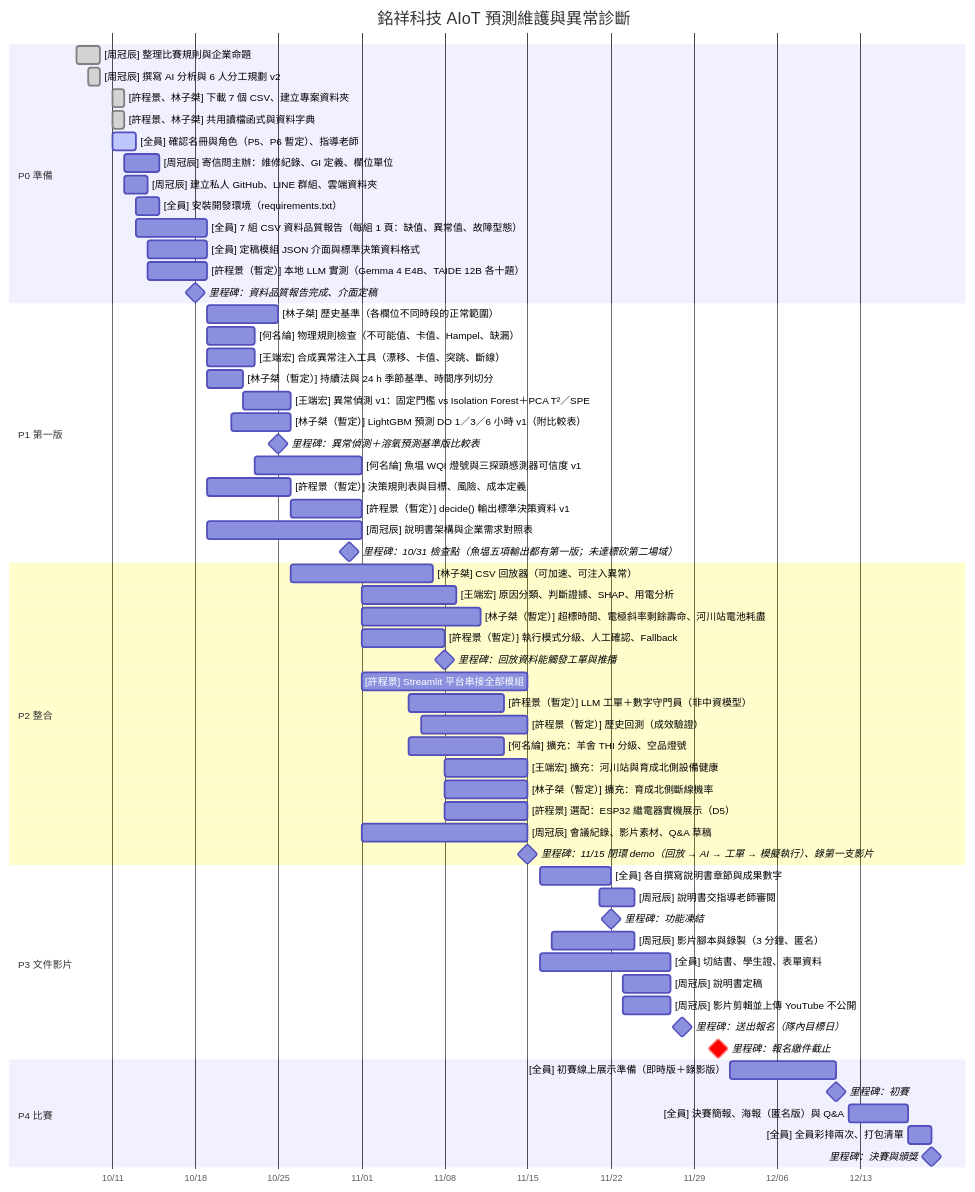
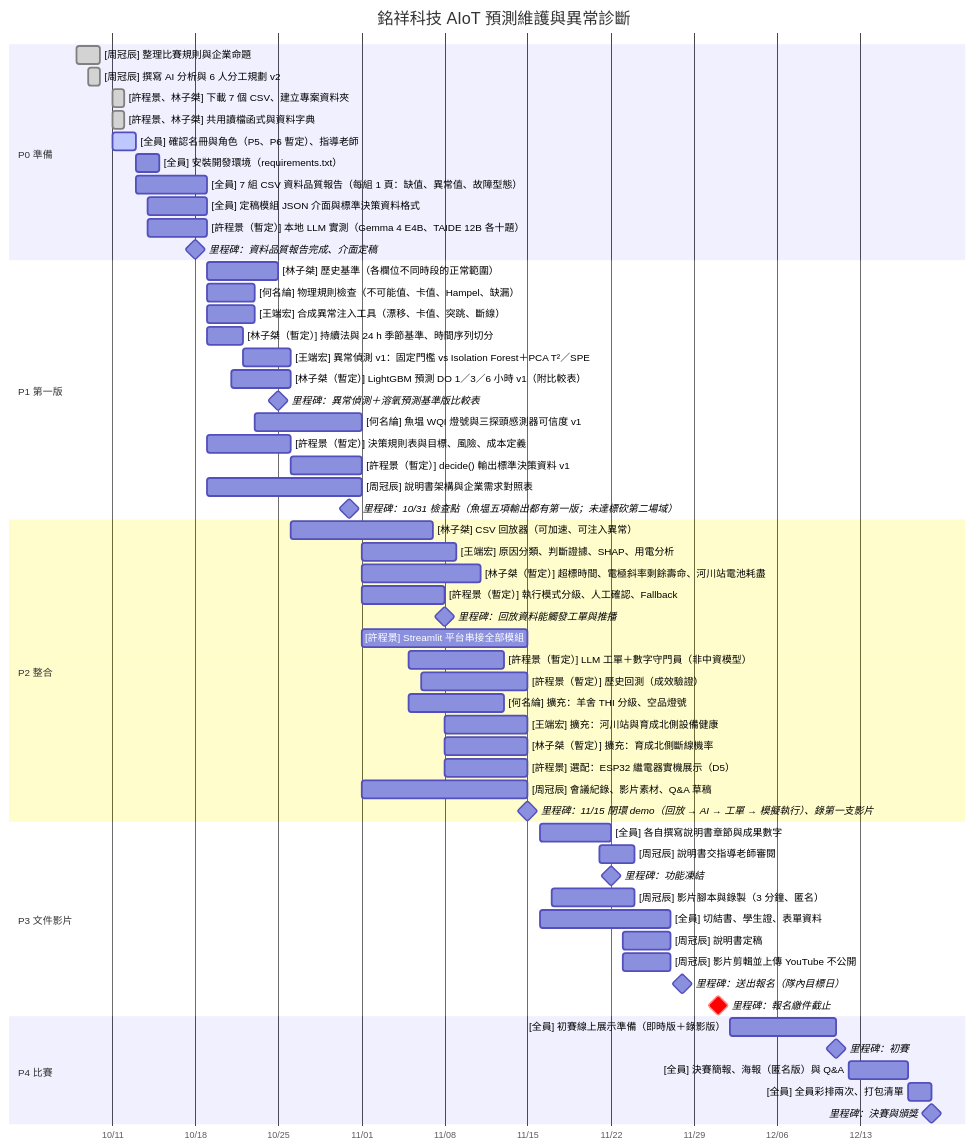
The diagram in JNC-AIoT/schedule/gantt.md (jaylin0131/ai-competition-2026), drawn with Mermaid before and after one commit. The commit also changed other lines of this file and 2 other files, not shown here.

Commit message:
企業組：移除 S06（寄信問主辦）與 S07（建立 GitHub 等），S08 改接 S05

````diff
--- a/JNC-AIoT/schedule/gantt.md
+++ b/JNC-AIoT/schedule/gantt.md
@@ -7,64 +7,62 @@
 ```mermaid
 gantt
     title 銘祥科技 AIoT 預測維護與異常診斷
     dateFormat YYYY-MM-DD
     axisFormat %m/%d
     todayMarker stroke-width:2px,stroke:#d13b3b
     section P0 準備
     [周冠辰] 整理比賽規則與企業命題 :done, S01, 2026-10-08, 2d
     [周冠辰] 撰寫 AI 分析與 6 人分工規劃 v2 :done, S02, 2026-10-09, 1d
     [許程景、林子桀] 下載 7 個 CSV、建立專案資料夾 :done, S03, 2026-10-11, 1d
     [許程景、林子桀] 共用讀檔函式與資料字典 :done, S04, 2026-10-11, 1d
     [全員] 確認名冊與角色（P5、P6 暫定）、指導老師 :active, S05, 2026-10-11, 2d
-    [周冠辰] 寄信問主辦：維修紀錄、GI 定義、欄位單位 :S06, 2026-10-12, 3d
-    [周冠辰] 建立私人 GitHub、LINE 群組、雲端資料夾 :S07, 2026-10-12, 2d
     [全員] 安裝開發環境（requirements.txt） :S08, 2026-10-13, 2d
     [全員] 7 組 CSV 資料品質報告（每組 1 頁：缺值、異常值、故障型態） :S09, 2026-10-13, 6d
     [全員] 定稿模組 JSON 介面與標準決策資料格式 :S10, 2026-10-14, 5d
     [許程景（暫定）] 本地 LLM 實測（Gemma 4 E4B、TAIDE 12B 各十題） :S11, 2026-10-14, 5d
     里程碑：資料品質報告完成、介面定稿 :milestone, M1, 2026-10-18, 0d
     section P1 第一版
     [林子桀] 歷史基準（各欄位不同時段的正常範圍） :A1, 2026-10-19, 6d
     [何名綸] 物理規則檢查（不可能值、卡值、Hampel、缺漏） :B1, 2026-10-19, 4d
     [王端宏] 合成異常注入工具（漂移、卡值、突跳、斷線） :C1, 2026-10-19, 4d
     [林子桀（暫定）] 持續法與 24 h 季節基準、時間序列切分 :D1, 2026-10-19, 3d
     [王端宏] 異常偵測 v1：固定門檻 vs Isolation Forest＋PCA T²／SPE :C2, 2026-10-22, 4d
     [林子桀（暫定）] LightGBM 預測 DO 1／3／6 小時 v1（附比較表） :D2, 2026-10-21, 5d
     里程碑：異常偵測＋溶氧預測基準版比較表 :milestone, M2, 2026-10-25, 0d
     [何名綸] 魚塭 WQI 燈號與三探頭感測器可信度 v1 :B2, 2026-10-23, 9d
     [許程景（暫定）] 決策規則表與目標、風險、成本定義 :E1, 2026-10-19, 7d
     [許程景（暫定）] decide() 輸出標準決策資料 v1 :E2, 2026-10-26, 6d
     [周冠辰] 說明書架構與企業需求對照表 :F1, 2026-10-19, 13d
     里程碑：10/31 檢查點（魚塭五項輸出都有第一版；未達標砍第二場域） :milestone, M3, 2026-10-31, 0d
     section P2 整合
     [林子桀] CSV 回放器（可加速、可注入異常） :A2, 2026-10-26, 12d
     [王端宏] 原因分類、判斷證據、SHAP、用電分析 :C3, 2026-11-01, 8d
     [林子桀（暫定）] 超標時間、電極斜率剩餘壽命、河川站電池耗盡 :D3, 2026-11-01, 10d
     [許程景（暫定）] 執行模式分級、人工確認、Fallback :E3, 2026-11-01, 7d
     里程碑：回放資料能觸發工單與推播 :milestone, M4, 2026-11-08, 0d
     [許程景] Streamlit 平台串接全部模組 :A3, 2026-11-01, 14d
     [許程景（暫定）] LLM 工單＋數字守門員（非中資模型） :E4, 2026-11-05, 8d
     [許程景（暫定）] 歷史回測（成效驗證） :E5, 2026-11-06, 9d
     [何名綸] 擴充：羊舍 THI 分級、空品燈號 :B3, 2026-11-05, 8d
     [王端宏] 擴充：河川站與育成北側設備健康 :C4, 2026-11-08, 7d
     [林子桀（暫定）] 擴充：育成北側斷線機率 :D4, 2026-11-08, 7d
     [許程景] 選配：ESP32 繼電器實機展示（D5） :A4, 2026-11-08, 7d
     [周冠辰] 會議紀錄、影片素材、Q&A 草稿 :F2, 2026-11-01, 14d
     里程碑：11/15 閉環 demo（回放 → AI → 工單 → 模擬執行）、錄第一支影片 :milestone, M5, 2026-11-15, 0d
     section P3 文件影片
     [全員] 各自撰寫說明書章節與成果數字 :G1, 2026-11-16, 6d
     [周冠辰] 說明書交指導老師審閱 :G2, 2026-11-21, 3d
     里程碑：功能凍結 :milestone, M6, 2026-11-22, 0d
     [周冠辰] 影片腳本與錄製（3 分鐘、匿名） :G3, 2026-11-17, 7d
     [全員] 切結書、學生證、表單資料 :G4, 2026-11-16, 11d
     [周冠辰] 說明書定稿 :G5, 2026-11-23, 4d
     [周冠辰] 影片剪輯並上傳 YouTube 不公開 :G6, 2026-11-23, 4d
     里程碑：送出報名（隊內目標日） :milestone, M7, 2026-11-28, 0d
     里程碑：報名繳件截止 :crit, milestone, M8, 2026-12-01, 0d
     section P4 比賽
     [全員] 初賽線上展示準備（即時版＋錄影版） :H1, 2026-12-02, 9d
     里程碑：初賽 :milestone, M9, 2026-12-11, 0d
     [全員] 決賽簡報、海報（匿名版）與 Q&A :H2, 2026-12-12, 5d
     [全員] 全員彩排兩次、打包清單 :H3, 2026-12-17, 2d
     里程碑：決賽與頒獎 :milestone, M10, 2026-12-19, 0d
 ```
````
